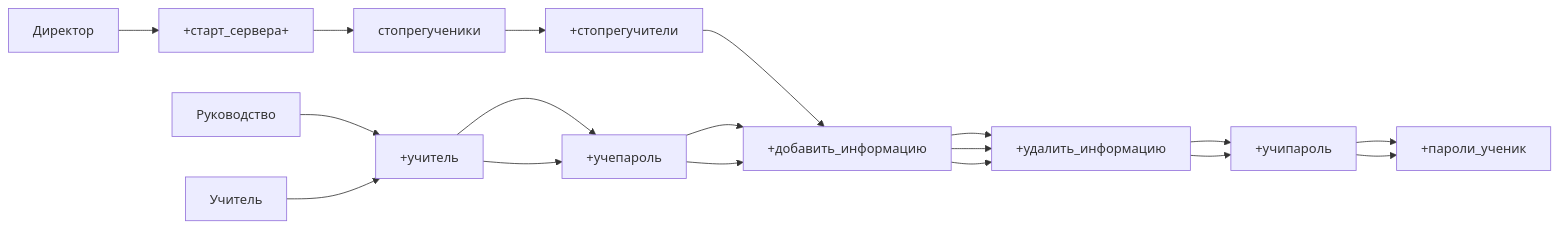
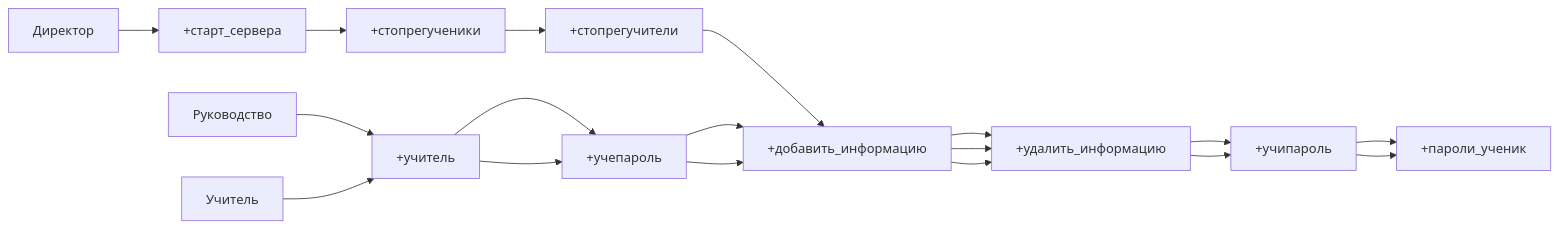
Before and after one commit to caffreyfizz/discord.py-platform-SIC: the diagram in README.md, drawn with Mermaid.

````diff
--- a/README.md
+++ b/README.md
@@ -113,7 +113,7 @@
 ```mermaid
 graph LR;
-    Директор-->+старт_сервера+-->стопрегученики-->+стопрегучители-->+добавить_информацию-->+удалить_информацию-->+учипароль-->+пароли_ученик;
+    Директор-->+старт_сервера-->+стопрегученики-->+стопрегучители-->+добавить_информацию-->+удалить_информацию-->+учипароль-->+пароли_ученик;
     Руководство-->+учитель-->+учепароль-->+добавить_информацию-->+удалить_информацию-->+учипароль-->+пароли_ученик;
     Учитель-->+учитель-->+учепароль-->+добавить_информацию-->+удалить_информацию;
       
 ```
````
